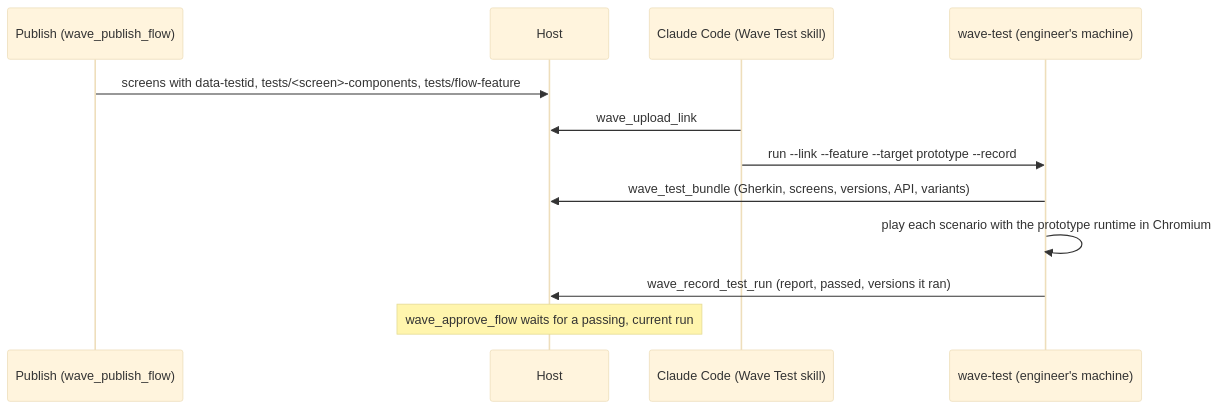
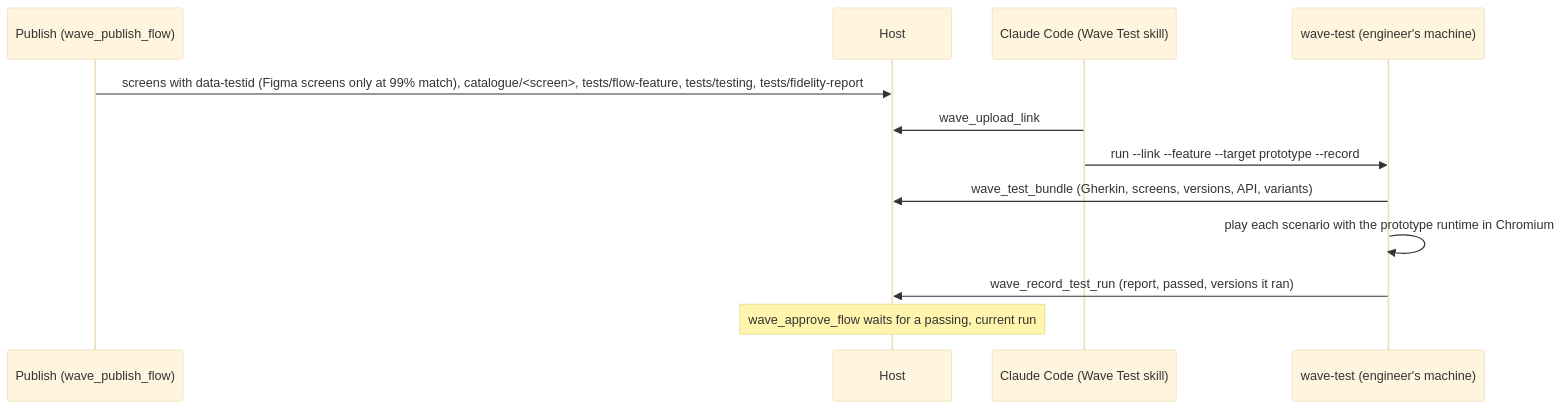
One commit to asim-basraa/postit changed the fifth of 6 diagrams in packages/wave-docs/pages/architecture.md. Above: the diagram before and after it, drawn with Mermaid (base theme). The commit also changed 41 other files, not shown here.

First line of the commit message:
Wave: 99% Figma match upload gate with a fidelity log; Gherkin as .feature files; catalogue JSON in catalogue/ with testing instructions in tests/

````diff
--- a/packages/wave-docs/pages/architecture.md
+++ b/packages/wave-docs/pages/architecture.md
@@ -256,14 +256,14 @@
 ```mermaid
 sequenceDiagram
   participant P as Publish (wave_publish_flow)
   participant H as Host
   participant C as Claude Code (Wave Test skill)
   participant T as wave-test (engineer's machine)
-  P->>H: screens with data-testid, tests/<screen>-components, tests/flow-feature
+  P->>H: screens with data-testid (Figma screens only at 99% match), catalogue/<screen>, tests/flow-feature, tests/testing, tests/fidelity-report
   C->>H: wave_upload_link
   C->>T: run --link --feature --target prototype --record
   T->>H: wave_test_bundle (Gherkin, screens, versions, API, variants)
   T->>T: play each scenario with the prototype runtime in Chromium
   T->>H: wave_record_test_run (report, passed, versions it ran)
   Note over H: wave_approve_flow waits for a passing, current run
 ```
````
